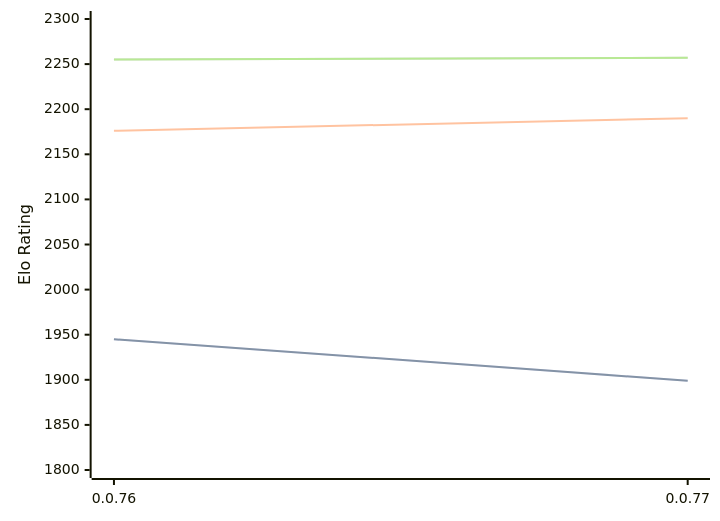
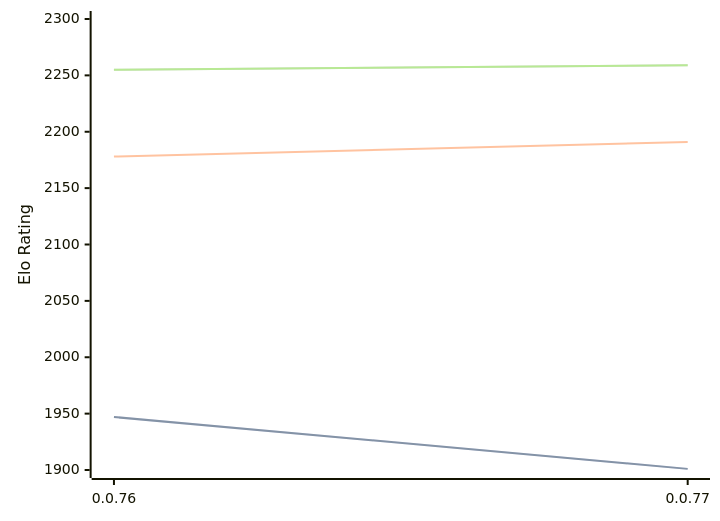
Before and after one commit to computer-chess-index/cci: the diagram in engines/Fktb.md, drawn with Mermaid. The commit also changed other lines of this file, not shown here.

Commit message:
Update CCI Ratings (ELO VLTC) - 2026-03-14

````diff
--- a/engines/Fktb.md
+++ b/engines/Fktb.md
@@ -30,11 +30,11 @@
 ```mermaid
 %%{init: {"theme":"base","themeVariables":{"seriesColors:['#a3a3a3','#222221','#faa371']}}}%%
 xychart-beta
   x-axis ["0.0.76", "0.0.77"]
-  y-axis "Elo Rating" 1800 --> 2300
-  line "STC (8.0+0.08s)" [1945, 1899]
-  line "STC (8.0+0.08s)" [1945, 1899]
-  line "LTC (60.0+0.60s)" [2176, 2190]
-  line "VLTC (2m24s+1.12s)" [2255, 2257]
-  line "VLTC (2m24s+1.12s)" [2255, 2257]
+  y-axis "Elo Rating" 1900 --> 2300
+  line "STC (8.0+0.08s)" [1947, 1901]
+  line "STC (8.0+0.08s)" [1947, 1901]
+  line "LTC (60.0+0.60s)" [2178, 2191]
+  line "VLTC (2m24s+1.12s)" [2255, 2259]
+  line "VLTC (2m24s+1.12s)" [2255, 2259]
 ```
````
